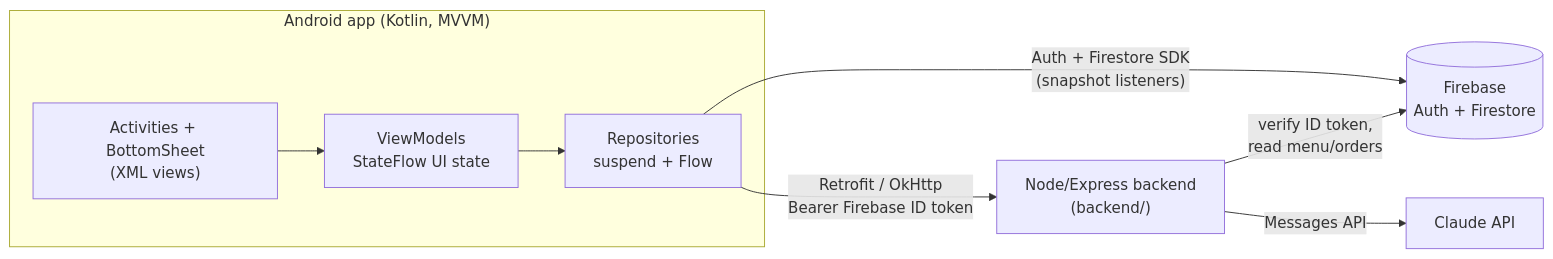
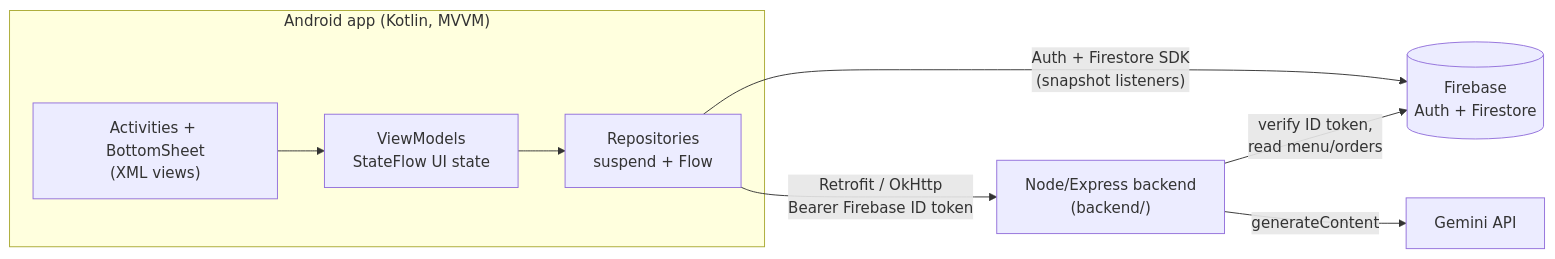
One commit to Kowthar04/Cortado-AI changed the diagram in README.md. Above: the diagram before and after it, drawn with Mermaid. The commit also changed other lines of this file and 10 other files, not shown here.

First line of the commit message:
Swap AI provider from the previous provider to Gemini in backend

````diff
--- a/README.md
+++ b/README.md
@@ -11,12 +11,12 @@
 ```mermaid
 flowchart LR
     subgraph Android["Android app (Kotlin, MVVM)"]
         UI["Activities + BottomSheet<br/>(XML views)"] --> VM["ViewModels<br/>StateFlow UI state"]
         VM --> Repo["Repositories<br/>suspend + Flow"]
     end
 
     Repo -- "Auth + Firestore SDK<br/>(snapshot listeners)" --> Firebase[("Firebase<br/>Auth + Firestore")]
     Repo -- "Retrofit / OkHttp<br/>Bearer Firebase ID token" --> Backend["Node/Express backend<br/>(backend/)"]
     Backend -- "verify ID token,<br/>read menu/orders" --> Firebase
-    Backend -- "Messages API" --> Claude["Claude API"]
+    Backend -- "generateContent" --> Gemini["Gemini API"]
 ```
````
